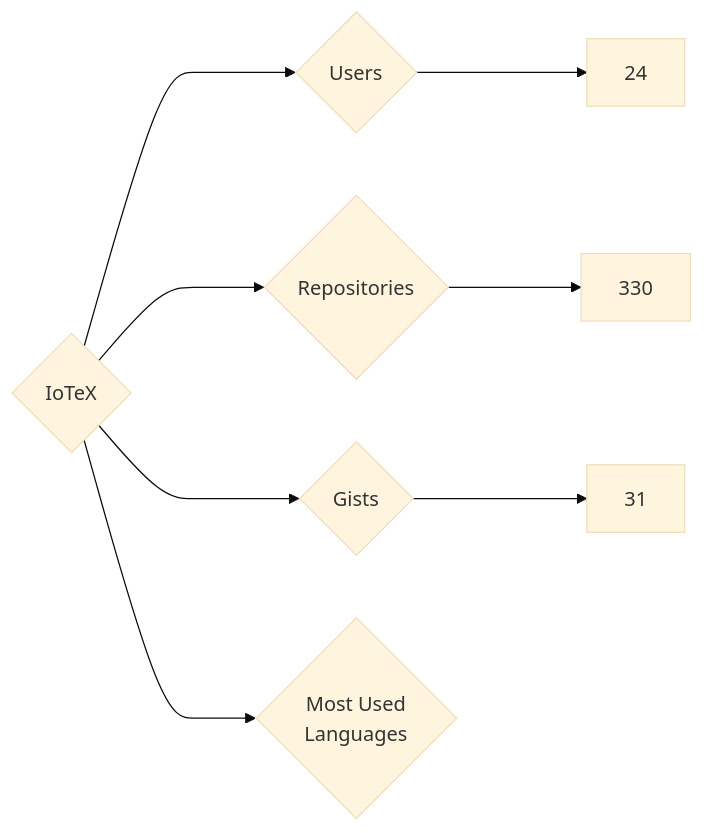
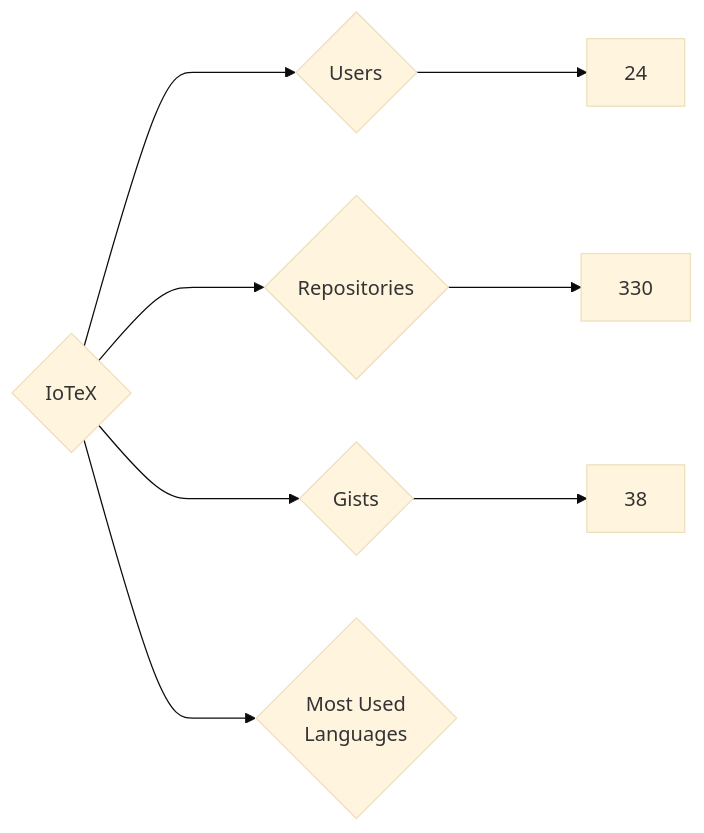
The diagram in targets/IoTeX/README.md (nenadzaric/insiders), drawn with Mermaid (base theme) before and after one commit. The commit also changed 1342 other files, not shown here.

````diff
--- a/targets/IoTeX/README.md
+++ b/targets/IoTeX/README.md
@@ -3,8 +3,8 @@
 ```mermaid
 graph LR
 COMPANY_NAME{IoTeX}
 COMPANY_NAME ---> U{Users} ---> UN[24]
 COMPANY_NAME ---> R{Repositories} ---> RN[330]
-COMPANY_NAME ---> G{Gists} ---> GN[31]
+COMPANY_NAME ---> G{Gists} ---> GN[38]
 COMPANY_NAME ---> ML{Most Used<br>Languages}
 ```
````
